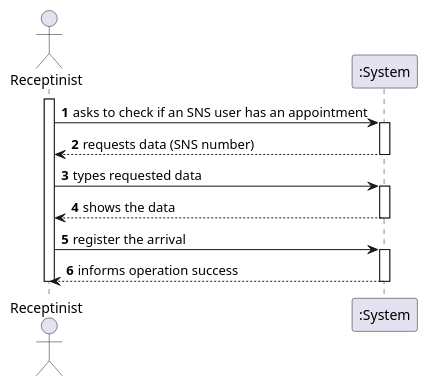
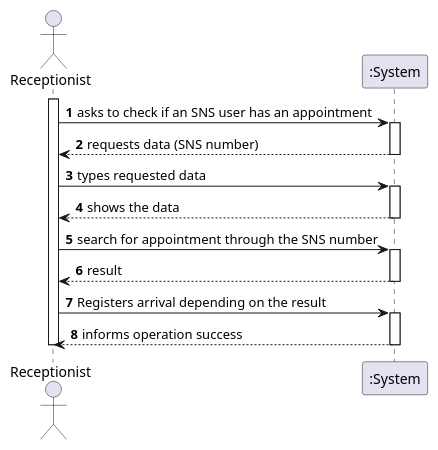
One commit to Pirussa/lei-22-s2-1da-g02 changed the diagram in docs/SprintC/US004/US004_SSD.puml. Above: the diagram before and after it, drawn with PlantUML. The commit also changed 9 other files, not shown here.

Commit message:
US004 Progress on Implementation - Creation of some methods to check the requirements overall and registration of the arrival. Progress on US template - Develpment of every diagram and further improvements.

```diff
--- a/docs/SprintC/US004/US004_SSD.puml
+++ b/docs/SprintC/US004/US004_SSD.puml
@@ -1,24 +1,29 @@
 @startuml
 autonumber
-actor "Receptinist" as R
+actor "Receptionist" as R
 
 activate R
 
 R -> ":System" : asks to check if an SNS user has an appointment
 activate ":System"
 ":System" --> R : requests data (SNS number)
 deactivate ":System"
 
 R -> ":System" : types requested data
 activate ":System"
 ":System" --> R : shows the data
 deactivate ":System"
 
-R -> ":System" : register the arrival
+R -> ":System" : search for appointment through the SNS number
+activate ":System"
+":System" --> R : result
+deactivate ":System"
+
+R -> ":System" : Registers arrival depending on the result
 activate ":System"
 ":System" --> R : informs operation success
 deactivate ":System"
 
 deactivate R
 
 @enduml
```
